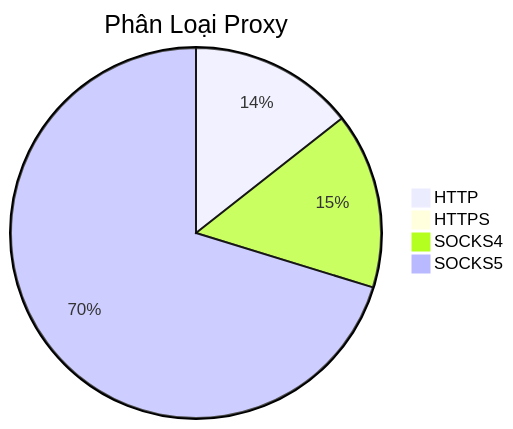
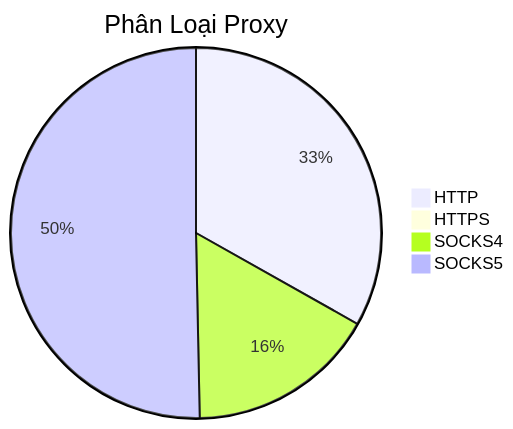
Before and after one commit to Ciara-Aa/PROXY-free: the diagram in README.md, drawn with Mermaid. The commit also changed other lines of this file and 4 other files, not shown here.

````diff
--- a/README.md
+++ b/README.md
@@ -26,7 +26,7 @@
 ```mermaid
 pie title Phân Loại Proxy
-    "HTTP" : 289
-    "HTTPS" : 5
-    "SOCKS4" : 308
-    "SOCKS5" : 1410
+    "HTTP" : 514
+    "HTTPS" : 2
+    "SOCKS4" : 256
+    "SOCKS5" : 780
 ```
````
